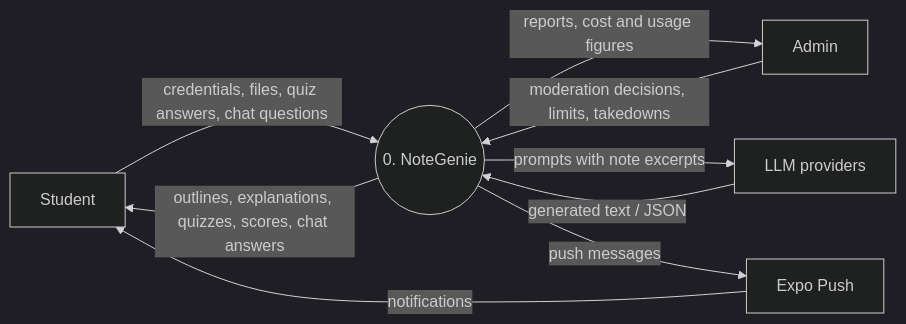
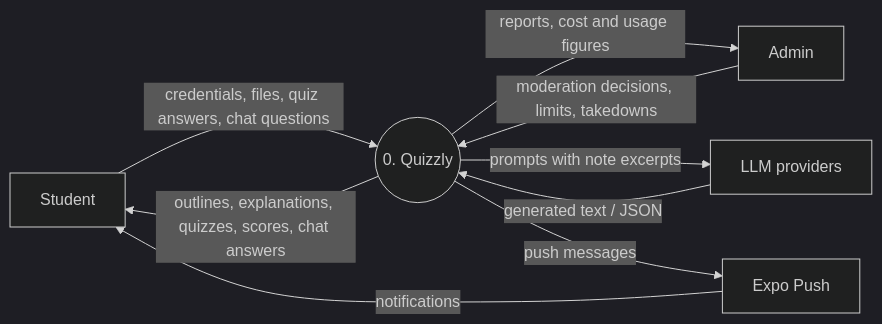
The first of 30 diagrams in docs/DATA_FLOWS.md (dunascode-prog/quizzly), drawn with Mermaid (dark theme) before and after one commit. The commit also changed other lines of this file and 8 other files, not shown here.

Commit message:
Rename project from NoteGenie to Quizzly

````diff
--- a/docs/DATA_FLOWS.md
+++ b/docs/DATA_FLOWS.md
@@ -22,11 +22,11 @@
 ```mermaid
 flowchart LR
-    S[Student] -- "credentials, files, quiz answers, chat questions" --> P0((0. NoteGenie))
+    S[Student] -- "credentials, files, quiz answers, chat questions" --> P0((0. Quizzly))
     P0 -- "outlines, explanations, quizzes, scores, chat answers" --> S
     A[Admin] -- "moderation decisions, limits, takedowns" --> P0
     P0 -- "reports, cost and usage figures" --> A
     P0 -- "prompts with note excerpts" --> L[LLM providers]
     L -- "generated text / JSON" --> P0
     P0 -- "push messages" --> E[Expo Push]
     E -- "notifications" --> S
 ```
````
